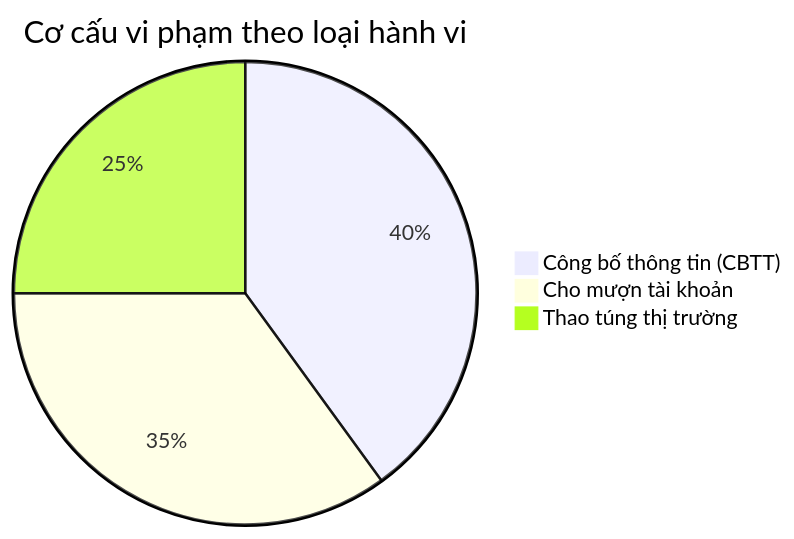
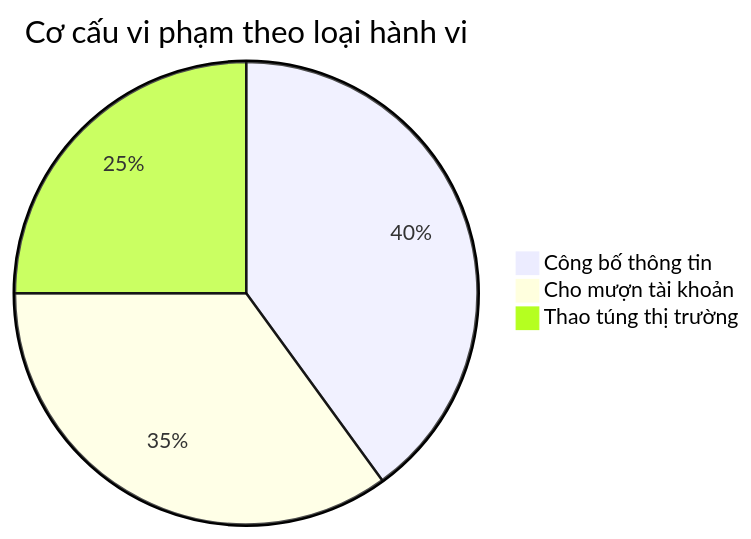
Before and after one commit to linhlvit/ubck_atomic_design: diagram 18 of 54 in Datamart/hld/DTM_TT_HLD.md, drawn with Mermaid. The commit also changed other lines of this file and 10 other files, not shown here.

````diff
--- a/Datamart/hld/DTM_TT_HLD.md
+++ b/Datamart/hld/DTM_TT_HLD.md
@@ -573,6 +672,6 @@
 ```mermaid
 pie title Cơ cấu vi phạm theo loại hành vi
-    "Công bố thông tin (CBTT)" : 40
+    "Công bố thông tin" : 40
     "Cho mượn tài khoản" : 35
     "Thao túng thị trường" : 25
 ```
````
